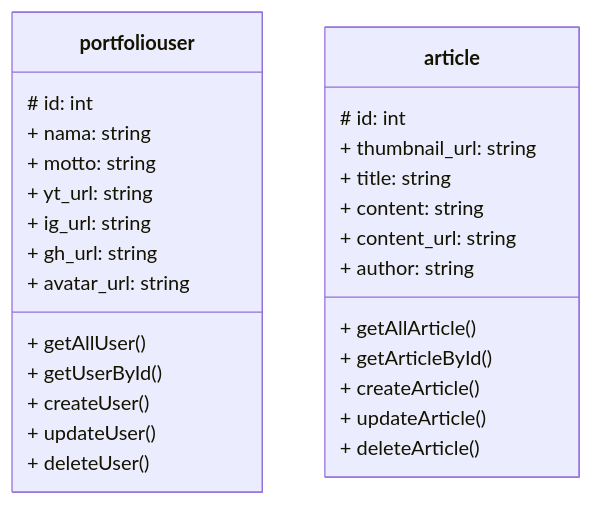
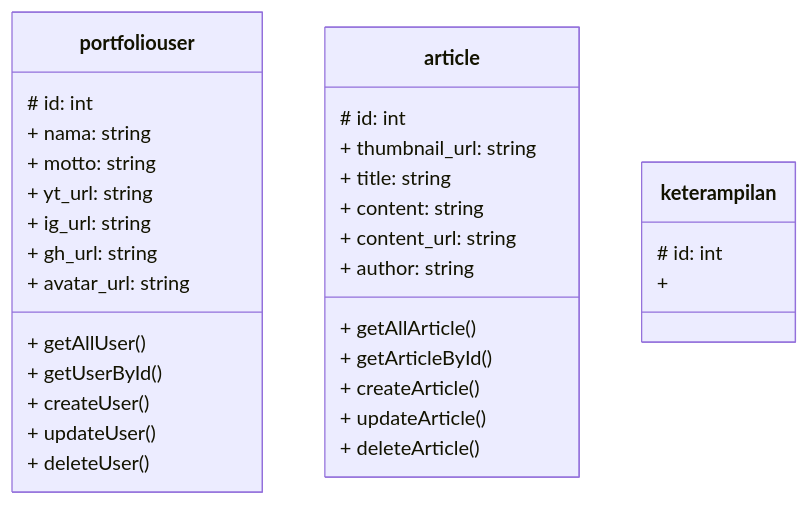
One commit to Tariiss/tekweb2022 changed the diagram in API_POINT.md. Above: the diagram before and after it, drawn with Mermaid. The commit also changed other lines of this file, not shown here.

````diff
--- a/API_POINT.md
+++ b/API_POINT.md
@@ -219,30 +223,34 @@
 ```mermaid
 classDiagram
     class portfoliouser{
         # id: int
         + nama: string
         + motto: string
         + yt_url: string
         + ig_url: string
         + gh_url: string
         + avatar_url: string
         + getAllUser()
         + getUserById()
         + createUser()
         + updateUser()
         + deleteUser()
     }
     class article{
         # id: int
         + thumbnail_url: string
         + title: string
         + content: string
         + content_url: string
         + author: string
         + getAllArticle()
         + getArticleById()
         + createArticle()
         + updateArticle()
         + deleteArticle()
     }
+    class keterampilan{
+        # id: int
+        + 
+    }
 ```
````
